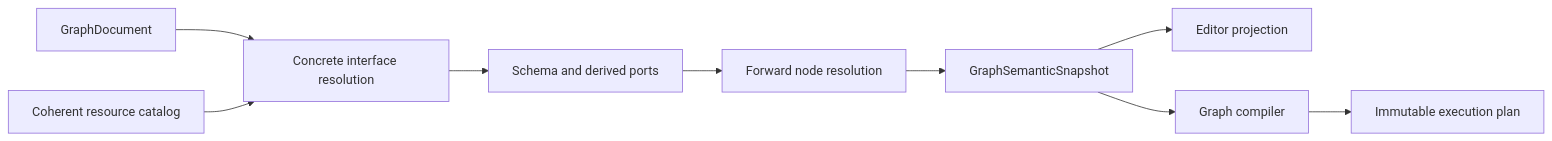
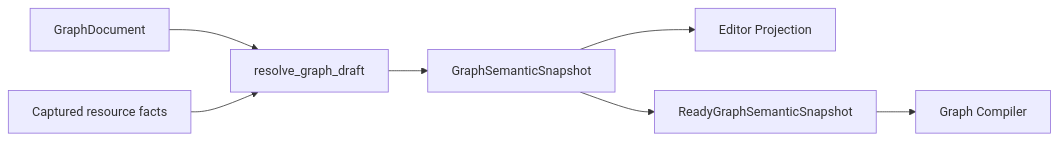
Before and after one commit to zhouyi207/YssBI: the diagram in docs/architecture/GRAPH_AND_EXECUTION.md, drawn with Mermaid. The commit also changed other lines of this file and 11 other files, not shown here.

Commit message:
docs(graph): document compile and execution lifecycle

````diff
--- a/docs/architecture/GRAPH_AND_EXECUTION.md
+++ b/docs/architecture/GRAPH_AND_EXECUTION.md
@@ -84,11 +63,9 @@
 ```mermaid
 flowchart LR
-  DOC[GraphDocument] --> IFACE[Concrete interface resolution]
-  RES[Coherent resource catalog] --> IFACE
-  IFACE --> SCHEMA[Schema and derived ports]
-  SCHEMA --> NODES[Forward node resolution]
-  NODES --> SNAPSHOT[GraphSemanticSnapshot]
-  SNAPSHOT --> PROJECTION[Editor projection]
-  SNAPSHOT --> COMPILER[Graph compiler]
-  COMPILER --> PLAN[Immutable execution plan]
+  DOC[GraphDocument] --> RESOLVE[resolve_graph_draft]
+  RES[Captured resource facts] --> RESOLVE
+  RESOLVE --> SNAPSHOT[GraphSemanticSnapshot]
+  SNAPSHOT --> VIEW[Editor Projection]
+  SNAPSHOT --> READY[ReadyGraphSemanticSnapshot]
+  READY --> COMPILER[Graph Compiler]
 ```
````
